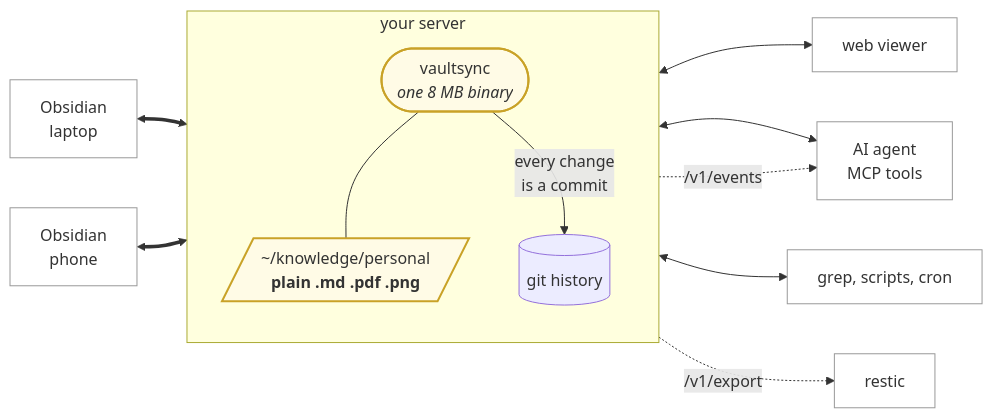
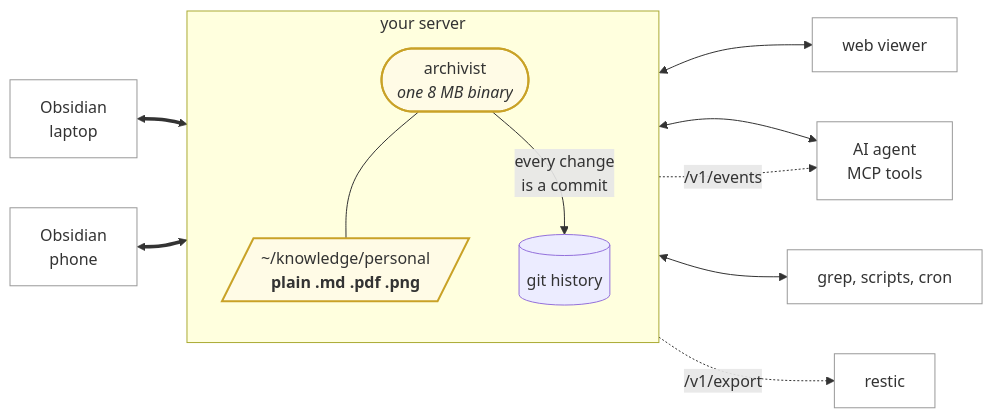
The diagram in README.md (pkronstrom/obsidian-archivist), drawn with Mermaid before and after one commit. The commit also changed other lines of this file and 33 other files, not shown here.

````diff
--- a/README.md
+++ b/README.md
@@ -34,34 +34,34 @@
 ```mermaid
 flowchart LR
     mac["Obsidian<br/>laptop"]
     phone["Obsidian<br/>phone"]
 
     subgraph server ["your server"]
         direction TB
-        vs(["vaultsync<br/><i>one 8 MB binary</i>"])
+        vs(["archivist<br/><i>one 8 MB binary</i>"])
         vault[/"~/knowledge/personal<br/><b>plain .md .pdf .png</b>"/]
         git[("git history")]
         vs --- vault
         vs -->|"every change<br/>is a commit"| git
     end
 
     web["web viewer"]
     agent["AI agent<br/>MCP tools"]
     cli["grep, scripts, cron"]
     restic["restic"]
 
     mac <==> vs
     phone <==> vs
 
     vault <--> web
     vault <--> agent
     vault <--> cli
 
     vs -.->|"/v1/events"| agent
     git -.->|"/v1/export"| restic
 
     classDef plain fill:#fff,stroke:#999
     classDef hot fill:#fffbe6,stroke:#c9a227,stroke-width:2px
     class vault,vs hot
     class mac,phone,web,agent,cli,restic plain
 ```
````
